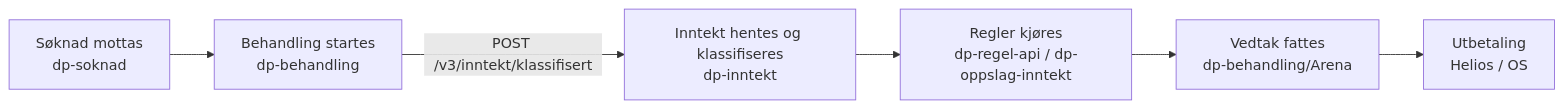
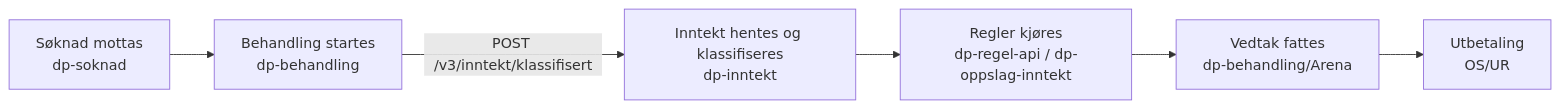
The first of 3 diagrams in docs/arkitektur.md (navikt/dp-inntekt), drawn with Mermaid before and after one commit.

Commit message:
Retter opp flyten i dokumentasjon.

````diff
--- a/docs/arkitektur.md
+++ b/docs/arkitektur.md
@@ -18,8 +18,8 @@
 ```mermaid
 flowchart LR
     S[Søknad mottas\ndp-soknad] --> B[Behandling startes\ndp-behandling]
     B -->|POST /v3/inntekt/klassifisert| I[Inntekt hentes og klassifiseres\ndp-inntekt]
     I --> R[Regler kjøres\ndp-regel-api / dp-oppslag-inntekt]
     R --> V[Vedtak fattes\ndp-behandling/Arena]
-    V --> U[Utbetaling\nHelios / OS]
+    V --> U[Utbetaling\n  OS/UR]
 ```
````
